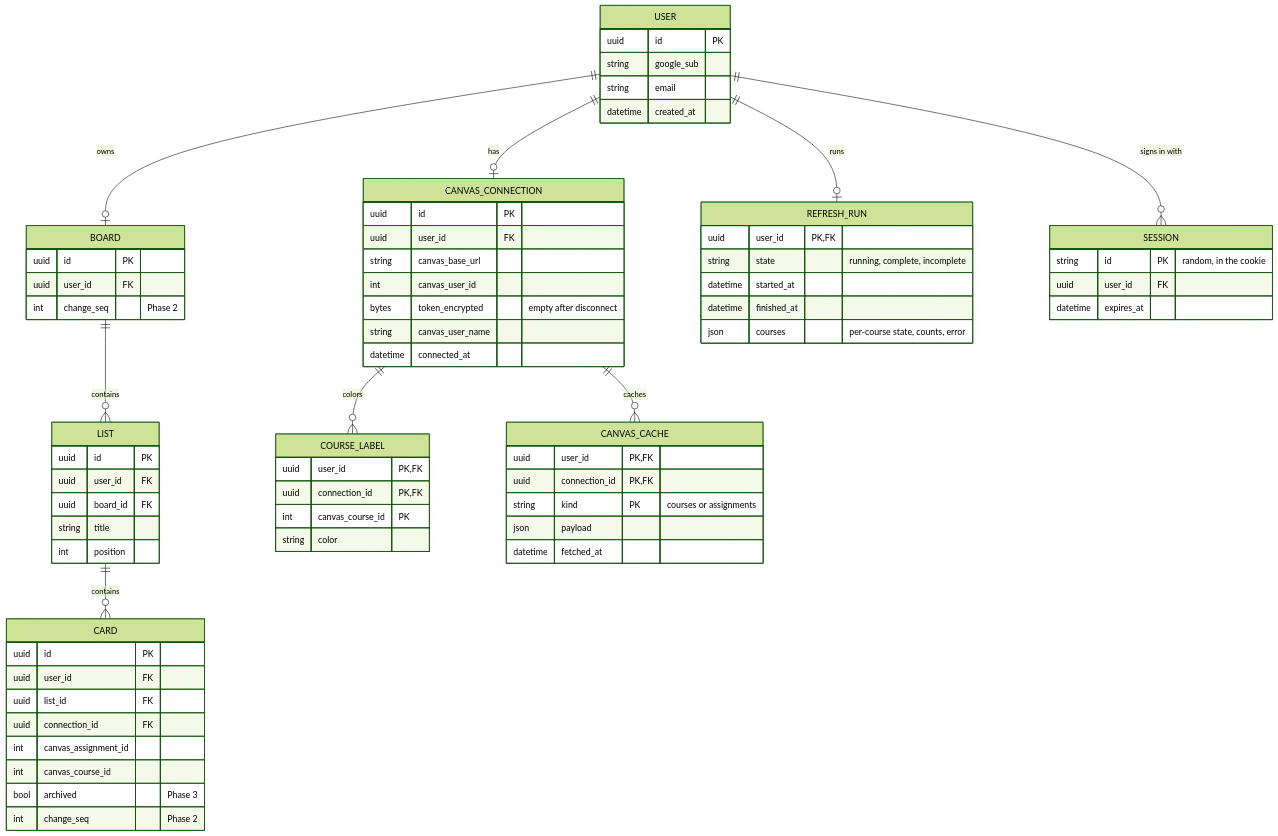
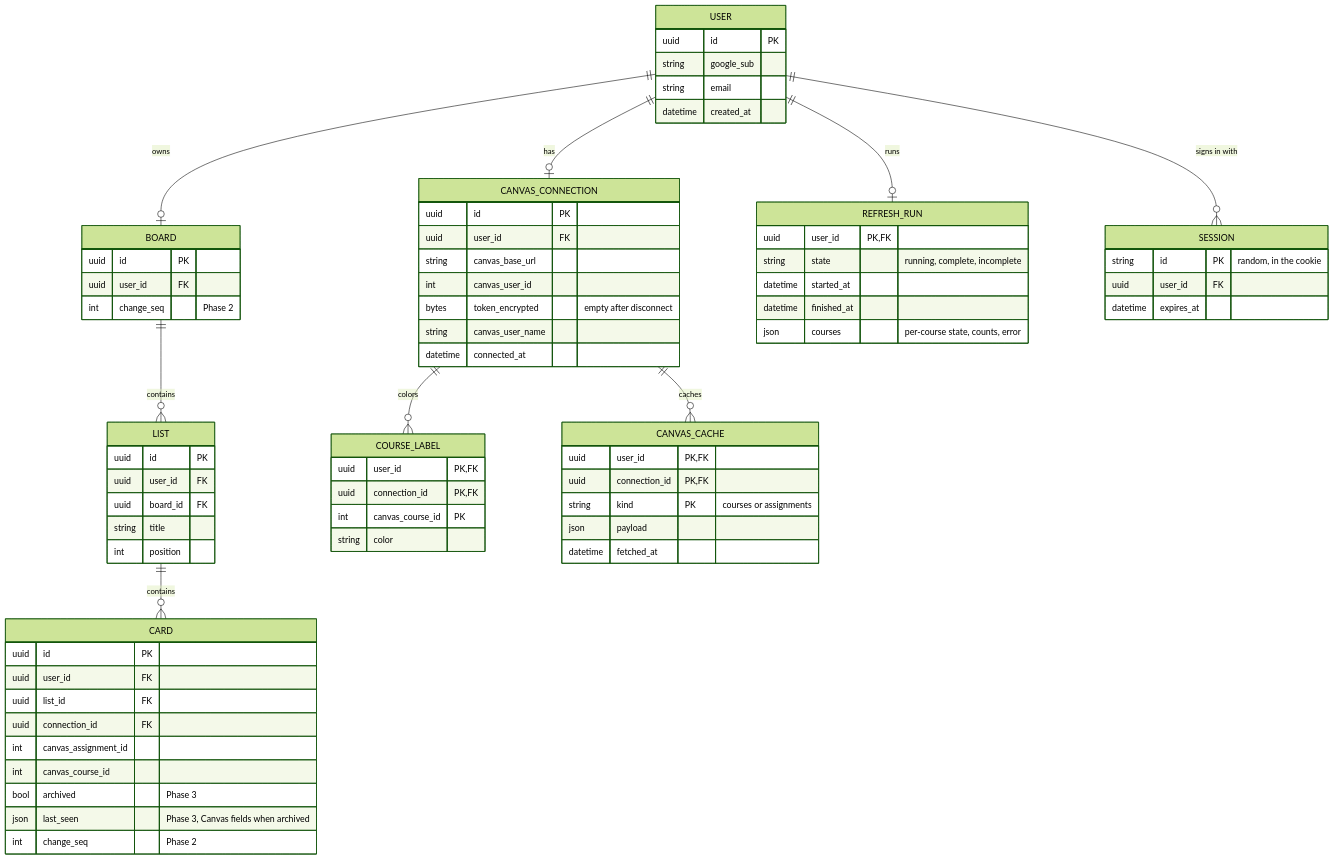
One commit to bbranton/TestProj changed the second of 6 diagrams in docs/canvas-portal/03-design.md. Above: the diagram before and after it, drawn with Mermaid (forest theme). The commit also changed other lines of this file, not shown here.

First line of the commit message:
Design: orphaned cards from Phase 3 (FR-45)

````diff
--- a/docs/canvas-portal/03-design.md
+++ b/docs/canvas-portal/03-design.md
@@ -83,74 +83,75 @@
 ```mermaid
 erDiagram
     USER ||--o| CANVAS_CONNECTION : has
     USER ||--o| BOARD : owns
     USER ||--o| REFRESH_RUN : runs
     USER ||--o{ SESSION : "signs in with"
     BOARD ||--o{ LIST : contains
     LIST ||--o{ CARD : contains
     CANVAS_CONNECTION ||--o{ COURSE_LABEL : colors
     CANVAS_CONNECTION ||--o{ CANVAS_CACHE : caches
 
     USER {
         uuid id PK
         string google_sub
         string email
         datetime created_at
     }
     SESSION {
         string id PK "random, in the cookie"
         uuid user_id FK
         datetime expires_at
     }
     CANVAS_CONNECTION {
         uuid id PK
         uuid user_id FK
         string canvas_base_url
         int canvas_user_id
         bytes token_encrypted "empty after disconnect"
         string canvas_user_name
         datetime connected_at
     }
     BOARD {
         uuid id PK
         uuid user_id FK
         int change_seq "Phase 2"
     }
     LIST {
         uuid id PK
         uuid user_id FK
         uuid board_id FK
         string title
         int position
     }
     CARD {
         uuid id PK
         uuid user_id FK
         uuid list_id FK
         uuid connection_id FK
         int canvas_assignment_id
         int canvas_course_id
         bool archived "Phase 3"
+        json last_seen "Phase 3, Canvas fields when archived"
         int change_seq "Phase 2"
     }
     COURSE_LABEL {
         uuid user_id PK, FK
         uuid connection_id PK, FK
         int canvas_course_id PK
         string color
     }
     REFRESH_RUN {
         uuid user_id PK, FK
         string state "running, complete, incomplete"
         datetime started_at
         datetime finished_at
         json courses "per-course state, counts, error"
     }
     CANVAS_CACHE {
         uuid user_id PK, FK
         uuid connection_id PK, FK
         string kind PK "courses or assignments"
         json payload
         datetime fetched_at
     }
 ```
````
